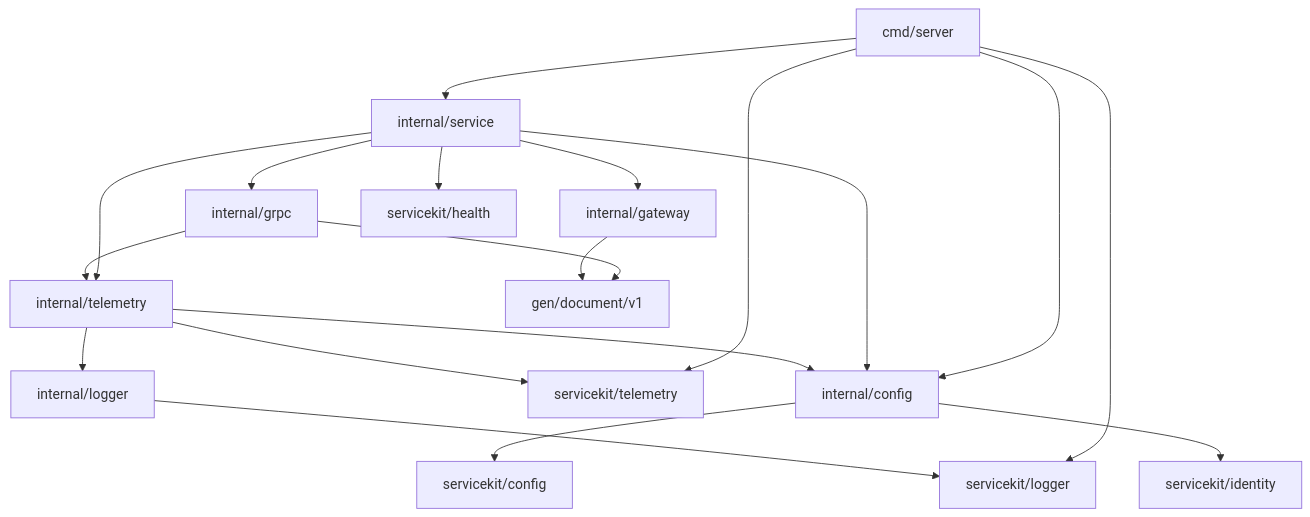
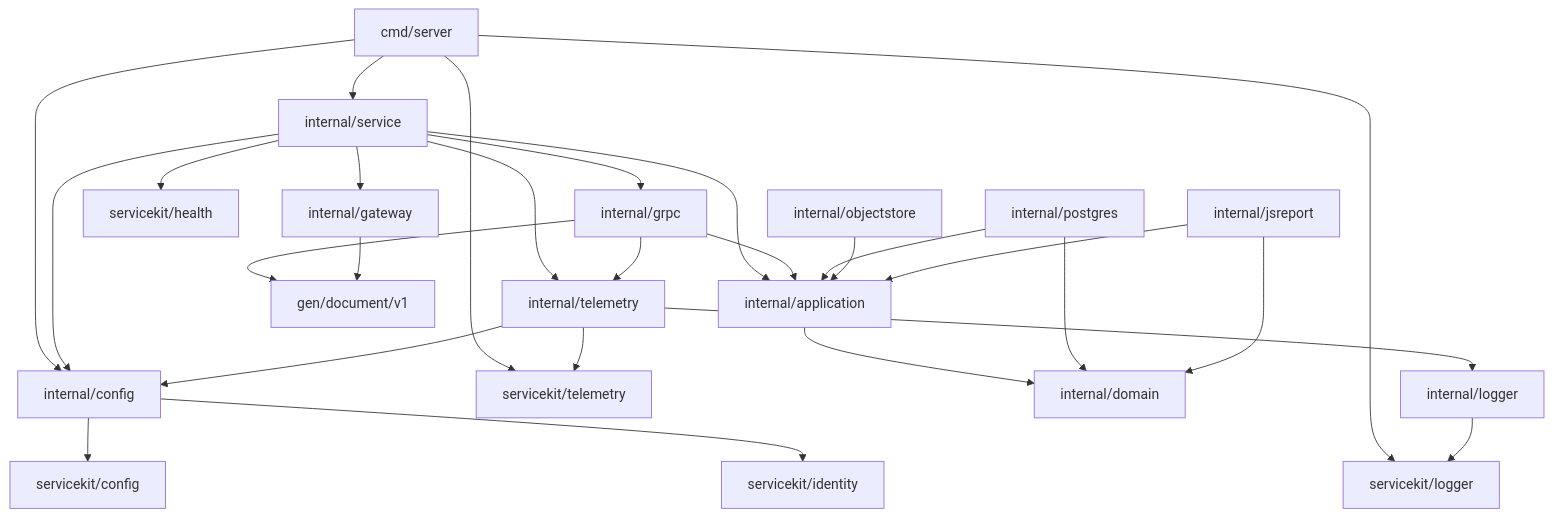
Before and after one commit to igor-baiborodine/insurance-hub: the diagram in services/document-service/README.md, drawn with Mermaid. The commit also changed other lines of this file and 14 other files, not shown here.

````diff
--- a/services/document-service/README.md
+++ b/services/document-service/README.md
@@ -357,21 +358,29 @@
 ```mermaid
 flowchart TD
     entry["cmd/server"] --> composition["internal/service"]
     entry --> config["internal/config"]
     entry --> sharedLogger["servicekit/logger"]
     entry --> sharedTelemetry["servicekit/telemetry"]
     composition --> grpc["internal/grpc"]
     composition --> gateway["internal/gateway"]
     composition --> health["servicekit/health"]
     composition --> telemetry["internal/telemetry"]
     composition --> config
+    composition --> application["internal/application"]
     grpc --> telemetry
     grpc --> generated["gen/document/v1"]
+    grpc --> application
     gateway --> generated
+    application --> domain["internal/domain"]
+    postgres["internal/postgres"] --> application
+    postgres --> domain
+    objectstore["internal/objectstore"] --> application
+    jsreport["internal/jsreport"] --> application
+    jsreport --> domain
     telemetry --> config
     telemetry --> logger["internal/logger"]
     telemetry --> sharedTelemetry
     logger --> sharedLogger
     config --> sharedConfig["servicekit/config"]
     config --> sharedIdentity["servicekit/identity"]
 ```
````
